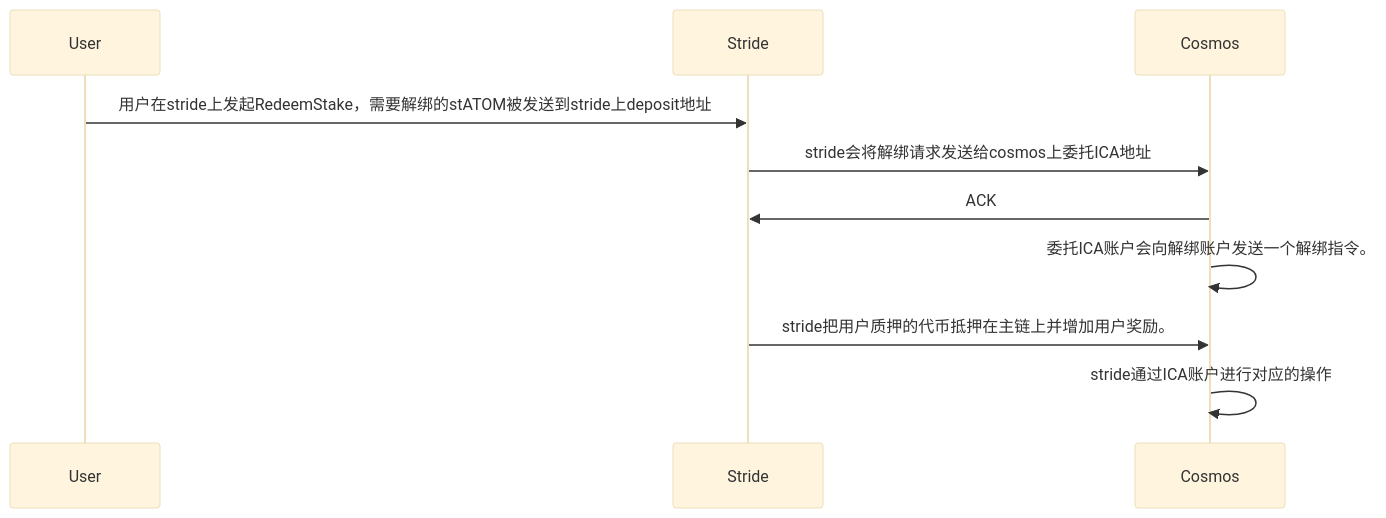
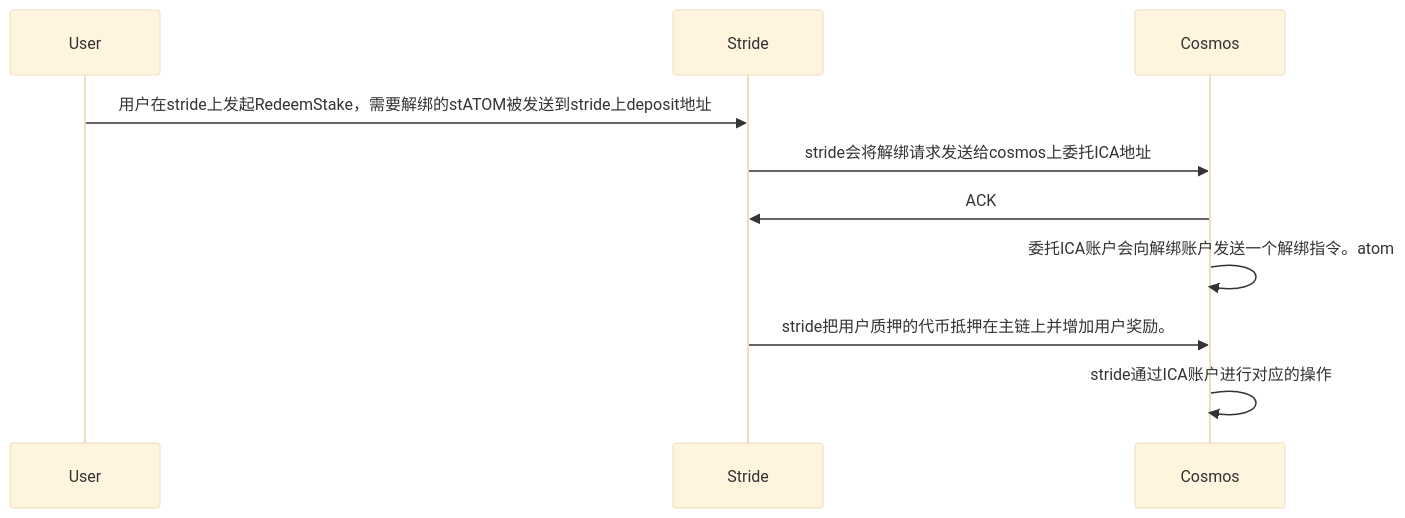
Before and after one commit to yingjianzh/iodraw-files: the diagram in all/unbonding.md, drawn with Mermaid (base theme).

Commit message:
2024-03-28 15:14:49 update

````diff
--- a/all/unbonding.md
+++ b/all/unbonding.md
@@ -1,9 +1,9 @@
 ```mermaid
 sequenceDiagram
     User->>Stride: 用户在stride上发起RedeemStake，需要解绑的stATOM被发送到stride上deposit地址
     Stride->>Cosmos: stride会将解绑请求发送给cosmos上委托ICA地址
     Cosmos->>Stride: ACK
-    Cosmos->>Cosmos: 委托ICA账户会向解绑账户发送一个解绑指令。
+    Cosmos->>Cosmos: 委托ICA账户会向解绑账户发送一个解绑指令。atom 
     Stride->>Cosmos: stride把用户质押的代币抵押在主链上并增加用户奖励。
     Cosmos->>Cosmos: stride通过ICA账户进行对应的操作
 ```
````
